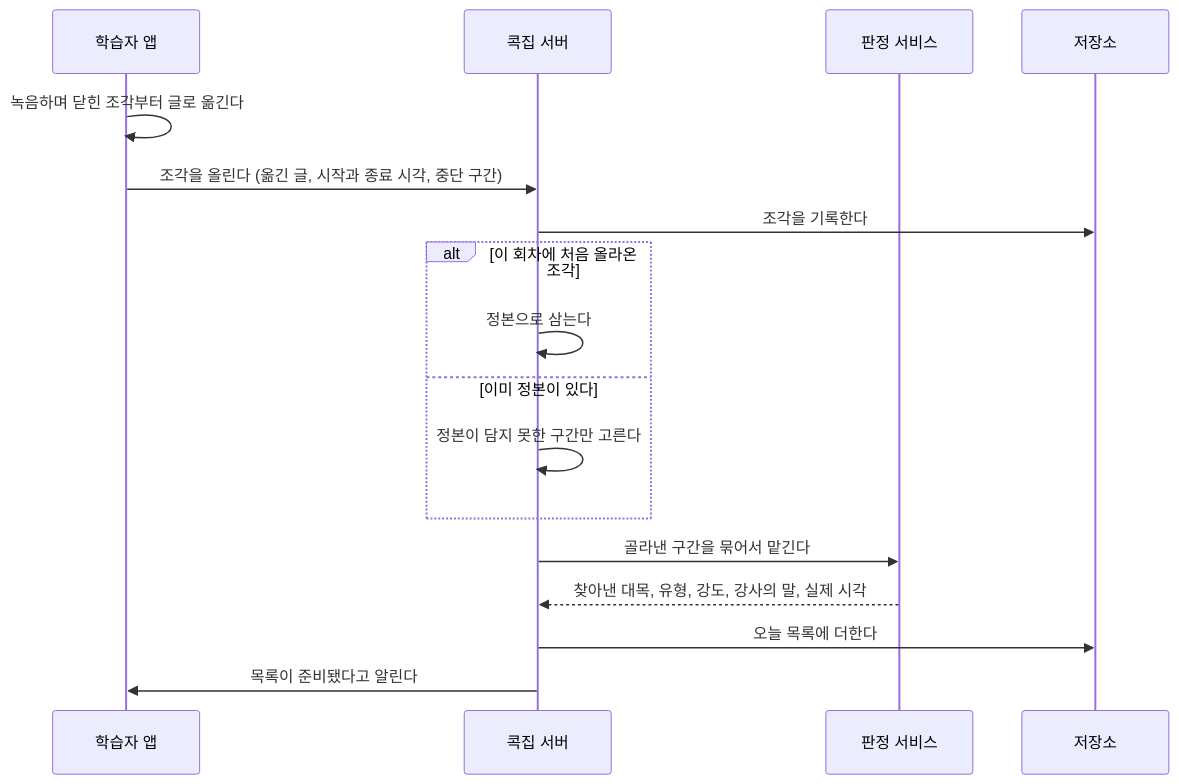
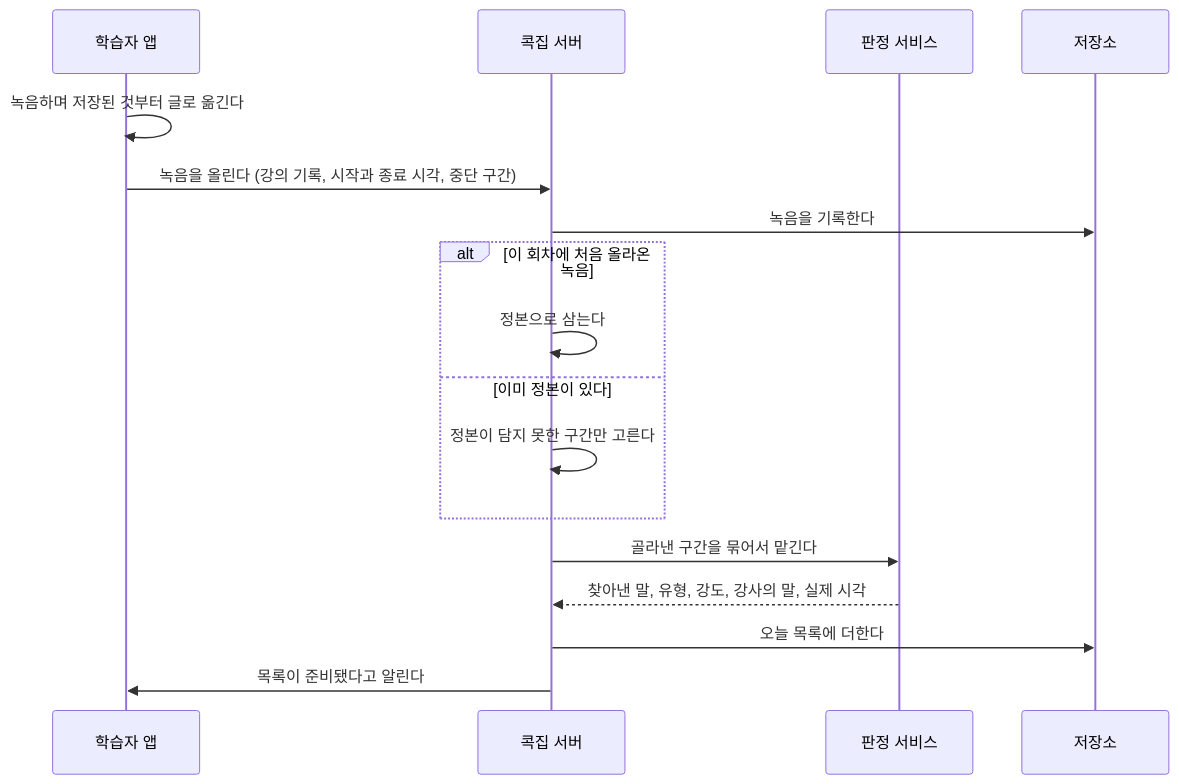
One commit to hayoungv/kokjip changed the second of 7 diagrams in docs/02-srs/srs.md. Above: the diagram before and after it, drawn with Mermaid. The commit also changed other lines of this file and 29 other files, not shown here.

````diff
--- a/docs/02-srs/srs.md
+++ b/docs/02-srs/srs.md
@@ -139,20 +139,20 @@
 ```mermaid
 sequenceDiagram
     participant 앱 as 학습자 앱
     participant 서버 as 콕집 서버
     participant 판정 as 판정 서비스
     participant 저장 as 저장소
 
-    앱->>앱: 녹음하며 닫힌 조각부터 글로 옮긴다
-    앱->>서버: 조각을 올린다 (옮긴 글, 시작과 종료 시각, 중단 구간)
-    서버->>저장: 조각을 기록한다
-    alt 이 회차에 처음 올라온 조각
+    앱->>앱: 녹음하며 저장된 것부터 글로 옮긴다
+    앱->>서버: 녹음을 올린다 (강의 기록, 시작과 종료 시각, 중단 구간)
+    서버->>저장: 녹음을 기록한다
+    alt 이 회차에 처음 올라온 녹음
         서버->>서버: 정본으로 삼는다
     else 이미 정본이 있다
         서버->>서버: 정본이 담지 못한 구간만 고른다
     end
     서버->>판정: 골라낸 구간을 묶어서 맡긴다
-    판정-->>서버: 찾아낸 대목, 유형, 강도, 강사의 말, 실제 시각
+    판정-->>서버: 찾아낸 말, 유형, 강도, 강사의 말, 실제 시각
     서버->>저장: 오늘 목록에 더한다
     서버->>앱: 목록이 준비됐다고 알린다
 ```
````
